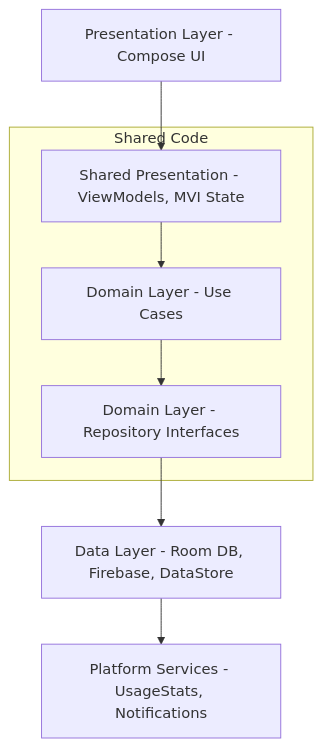
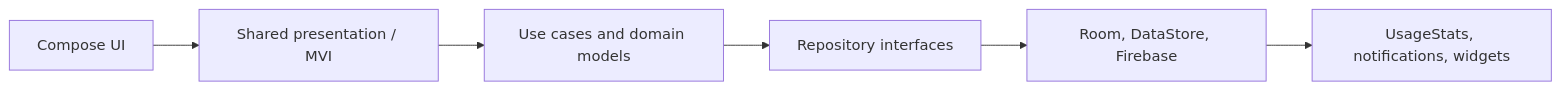
One commit to husoelrey/AwareMate changed the diagram in README.md. Above: the diagram before and after it, drawn with Mermaid. The commit also changed other lines of this file and 9 other files, not shown here.

````diff
--- a/README.md
+++ b/README.md
@@ -28,14 +43,8 @@
 ```mermaid
-graph TD
-    UI[Presentation Layer - Compose UI] --> VM[Shared Presentation - ViewModels, MVI State]
-    VM --> UC[Domain Layer - Use Cases]
-    UC --> RI[Domain Layer - Repository Interfaces]
-    RI --> DA[Data Layer - Room DB, Firebase, DataStore]
-    DA --> PS[Platform Services - UsageStats, Notifications]
-    
-    subgraph Shared Code
-        VM
-        UC
-        RI
-    end
+flowchart LR
+    UI[Compose UI] --> Presentation[Shared presentation / MVI]
+    Presentation --> Domain[Use cases and domain models]
+    Domain --> Repositories[Repository interfaces]
+    Repositories --> Data[Room, DataStore, Firebase]
+    Data --> Platform[UsageStats, notifications, widgets]
 ```
````
